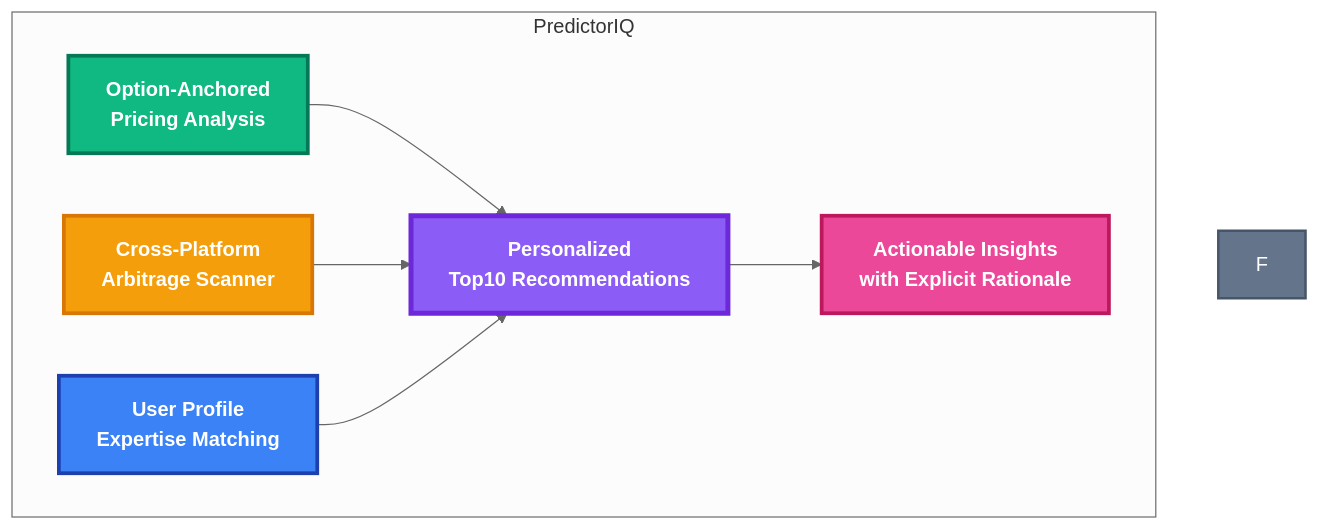
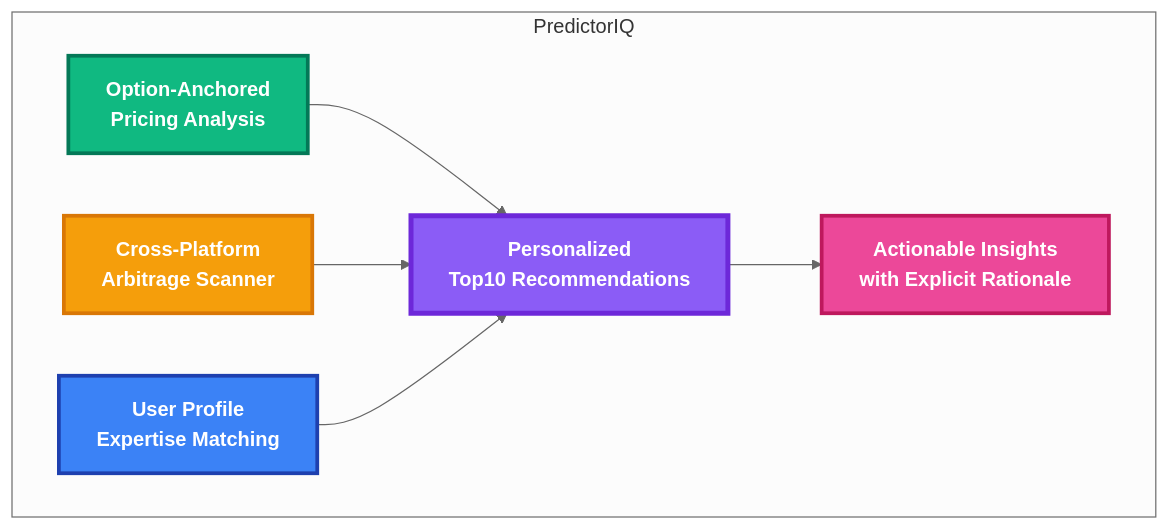
The first of 4 diagrams in docs/PRODUCT_OVERVIEW.md (nelsonjingusc/predictoriq-demo), drawn with Mermaid (neutral theme) before and after one commit. The commit also changed other lines of this file, not shown here.

Commit message:
update diagram

````diff
--- a/docs/PRODUCT_OVERVIEW.md
+++ b/docs/PRODUCT_OVERVIEW.md
@@ -23,18 +23,17 @@
 ```mermaid
 graph TB
     subgraph "PredictorIQ"
         A["<b>Option-Anchored<br/>Pricing Analysis</b>"] --> D["<b>Personalized<br/>Top10 Recommendations</b>"]
         B["<b>Cross-Platform<br/>Arbitrage Scanner</b>"] --> D
         C["<b>User Profile<br/>Expertise Matching</b>"] --> D
         
         D --> E["<b>Actionable Insights<br/>with Explicit Rationale</b>"]
         
     end
     
     style A fill:#10B981,stroke:#047857,stroke-width:3px,color:#ffffff
     style B fill:#F59E0B,stroke:#D97706,stroke-width:3px,color:#ffffff
     style C fill:#3B82F6,stroke:#1E40AF,stroke-width:3px,color:#ffffff
     style D fill:#8B5CF6,stroke:#6D28D9,stroke-width:4px,color:#ffffff
     style E fill:#EC4899,stroke:#BE185D,stroke-width:3px,color:#ffffff
-    style F fill:#64748B,stroke:#475569,stroke-width:2px,color:#ffffff
 ```
````
